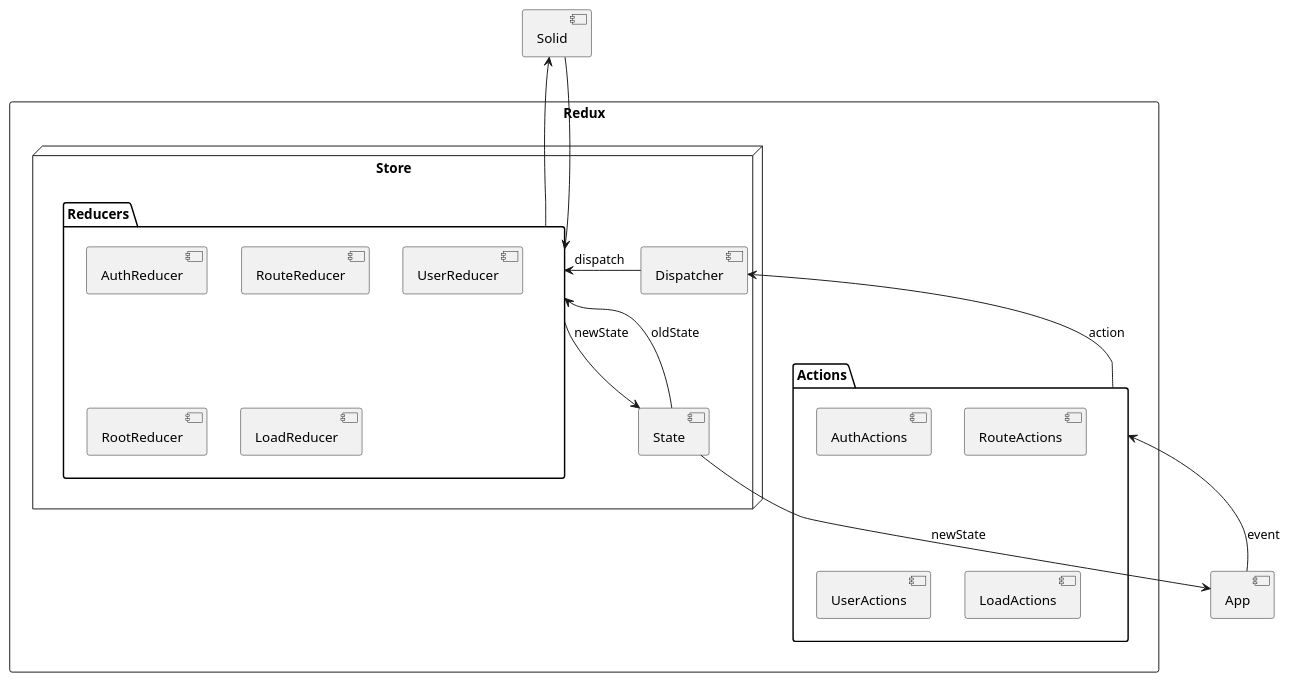
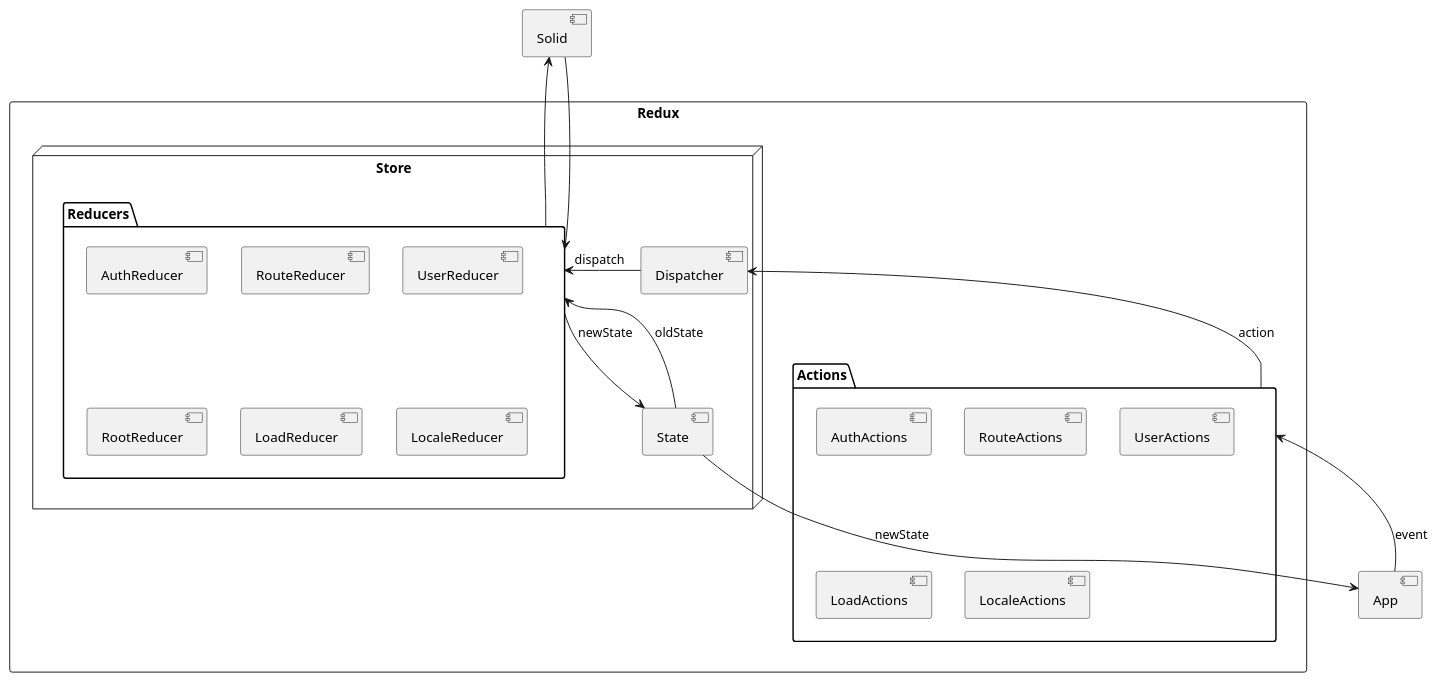
The diagram in src/docs/diagrams/05-02_whiteboxRedux.puml (Arquisoft/viade_en1b), drawn with PlantUML before and after one commit.

Commit message:
Redux diagram updated

```diff
--- a/src/docs/diagrams/05-02_whiteboxRedux.puml
+++ b/src/docs/diagrams/05-02_whiteboxRedux.puml
@@ -1,46 +1,48 @@
 @startuml
 
 rectangle Redux {
     node "Store" {
         [Dispatcher] as dispatcher
         folder "Reducers" as reducers {
             [AuthReducer] as authReducer
             [RouteReducer] as routeReducer
             [UserReducer] as userReducer
             [RootReducer] as rootReducer
             [LoadReducer] as loadReducer
+            [LocaleReducer] as localeReducer
         }
         [State] as state
     }
 
     folder "Actions" as actions {
     [AuthActions] as authActions
     [RouteActions] as routeActions
     [UserActions] as userActions
     [LoadActions] as loadActions
+    [LocaleActions] as localeActions
 }
 }
 
 
 
 [App] as app 
 
 app -up-> actions :event
 actions -up-> dispatcher :action
 dispatcher -> reducers :dispatch
 state -> reducers :oldState
 reducers -up-> [Solid]
 [Solid] -down-> reducers
 reducers -down-> state :newState
 state -down-> app :newState
 
 
 
 
 
 
 
 
 
 
 @enduml
```
